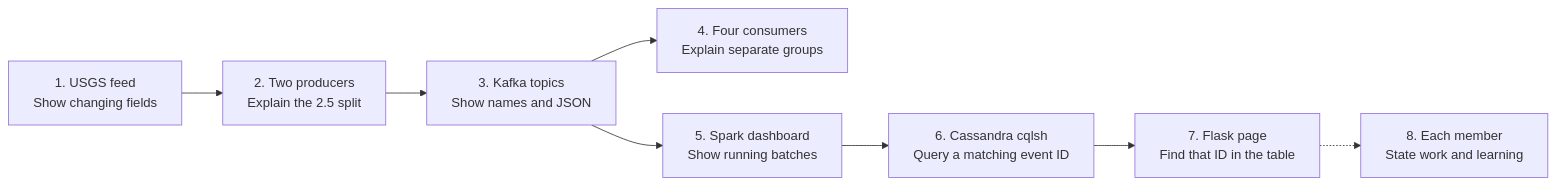
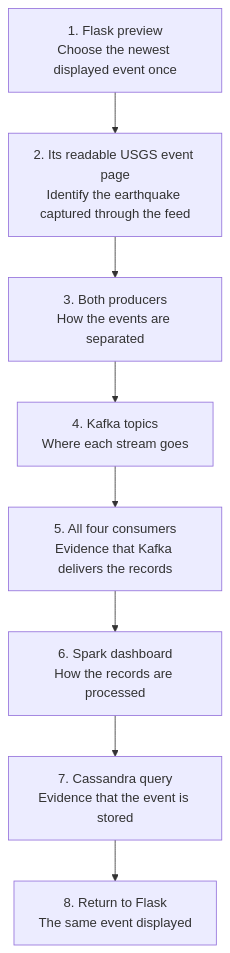
Before and after one commit to Raiii14/css182-project: the diagram in docs/final_script.md, drawn with Mermaid. The commit also changed other lines of this file and 4 other files, not shown here.

````diff
--- a/docs/final_script.md
+++ b/docs/final_script.md
@@ -68,10 +157,10 @@
 ```mermaid
-flowchart LR
-    source["1. USGS feed<br/>Show changing fields"] --> producers["2. Two producers<br/>Explain the 2.5 split"]
-    producers --> kafka["3. Kafka topics<br/>Show names and JSON"]
-    kafka --> consumers["4. Four consumers<br/>Explain separate groups"]
-    kafka --> spark["5. Spark dashboard<br/>Show running batches"]
-    spark --> cassandra["6. Cassandra cqlsh<br/>Query a matching event ID"]
-    cassandra --> flask["7. Flask page<br/>Find that ID in the table"]
-    flask -.-> members["8. Each member<br/>State work and learning"]
+flowchart TD
+    preview["1. Flask preview<br/>Choose the newest displayed event once"] --> source["2. Its readable USGS event page<br/>Identify the earthquake captured through the feed"]
+    source --> producers["3. Both producers<br/>How the events are separated"]
+    producers --> kafka["4. Kafka topics<br/>Where each stream goes"]
+    kafka --> consumers["5. All four consumers<br/>Evidence that Kafka delivers the records"]
+    consumers --> spark["6. Spark dashboard<br/>How the records are processed"]
+    spark --> cassandra["7. Cassandra query<br/>Evidence that the event is stored"]
+    cassandra --> flask["8. Return to Flask<br/>The same event displayed"]
 ```
````
